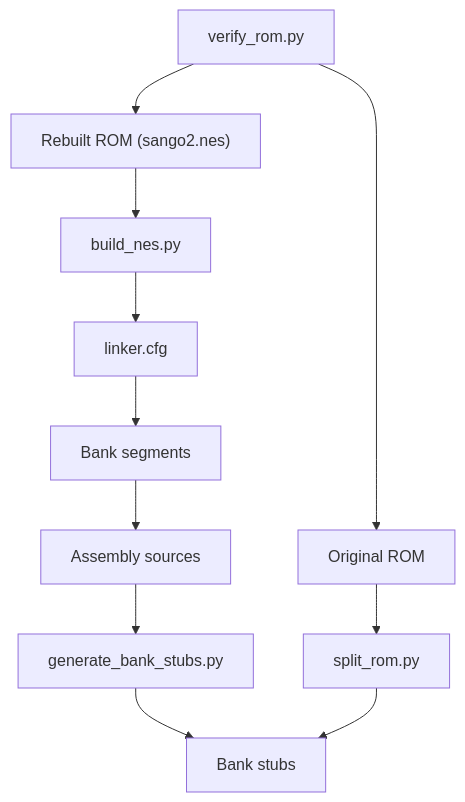
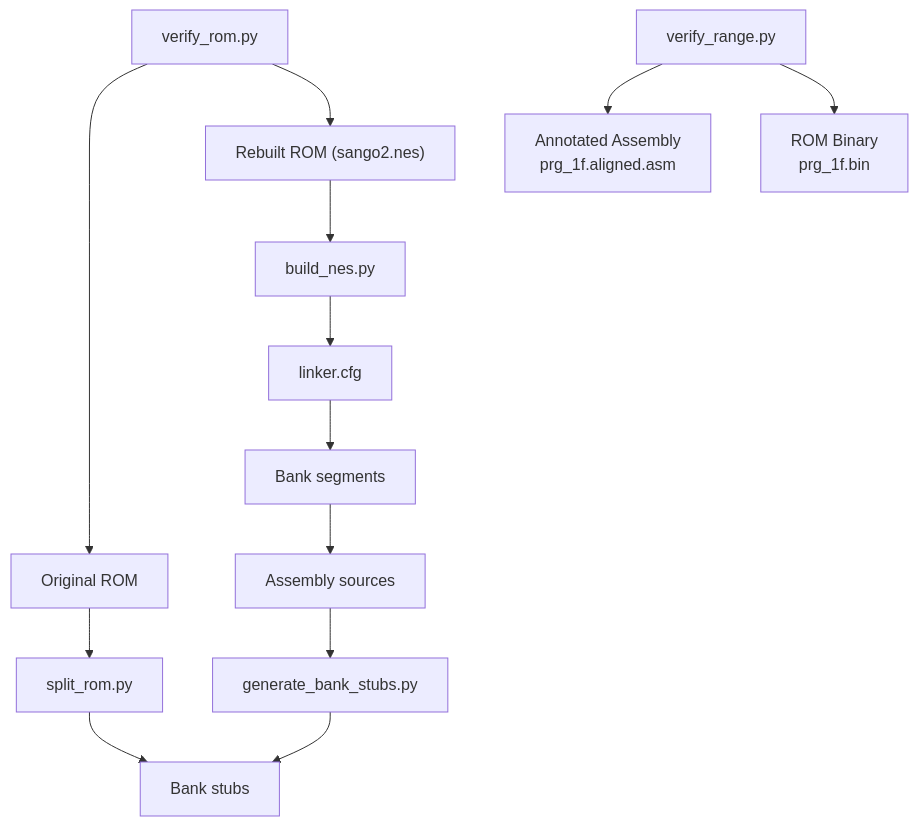
The sixth of 6 diagrams in .qoder/repowiki/en/content/Build System and Tools/ROM Verification and Validation.md (rabbyzero/sango2dasm), drawn with Mermaid before and after one commit. The commit also changed other lines of this file and 15 other files, not shown here.

````diff
--- a/.qoder/repowiki/en/content/Build System and Tools/ROM Verification and Validation.md
+++ b/.qoder/repowiki/en/content/Build System and Tools/ROM Verification and Validation.md
@@ -250,13 +390,15 @@
 ```mermaid
 graph TB
-Verify["verify_rom.py"] --> Orig["Original ROM"]
-Verify --> Rebuilt["Rebuilt ROM (sango2.nes)"]
+VerifyFull["verify_rom.py"] --> Orig["Original ROM"]
+VerifyFull --> Rebuilt["Rebuilt ROM (sango2.nes)"]
+VerifyRange["verify_range.py"] --> ASMFile["Annotated Assembly<br/>prg_1f.aligned.asm"]
+VerifyRange --> ROMBin["ROM Binary<br/>prg_1f.bin"]
 Rebuilt --> Build["build_nes.py"]
 Build --> Linker["linker.cfg"]
 Linker --> Segments["Bank segments"]
 Segments --> Asm["Assembly sources"]
 Asm --> Stubs["generate_bank_stubs.py"]
 Stubs --> Banks["Bank stubs"]
 Orig --> Split["split_rom.py"]
 Split --> Banks
 ```
````
